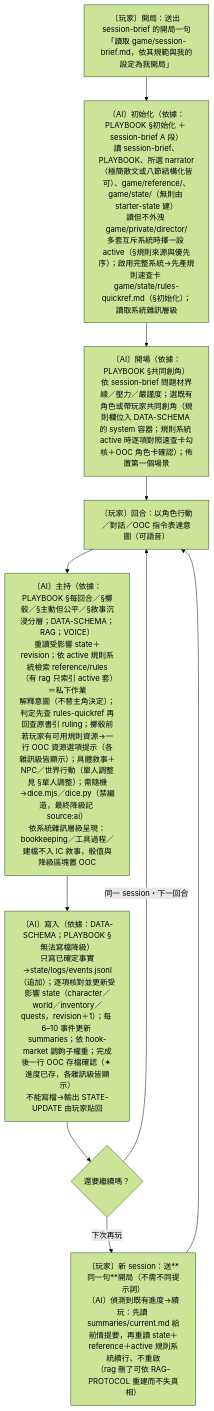
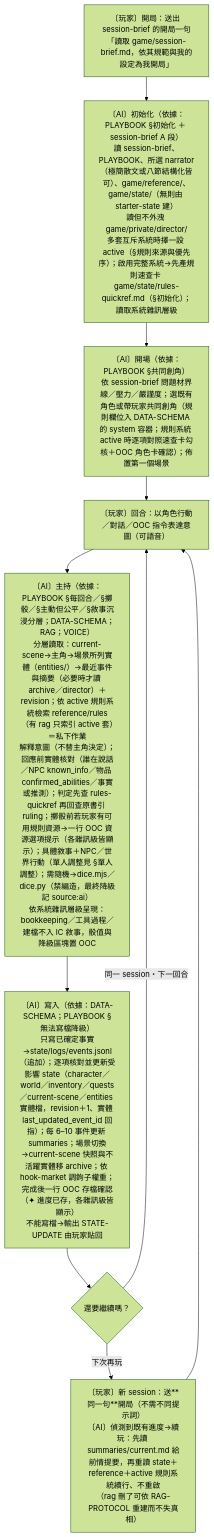
One commit to AstraKismet/worldthread-core changed the second of 2 diagrams in PROJECT-DESIGN.md. Above: the diagram before and after it, drawn with Mermaid (forest theme). The commit also changed other lines of this file and 6 other files, not shown here.

First line of the commit message:
feat: 實體分層架構——current-scene、entities 實體檔、archive 封存、回應前實體核對

````diff
--- a/PROJECT-DESIGN.md
+++ b/PROJECT-DESIGN.md
@@ -127,12 +129,12 @@
 ```mermaid
 flowchart TD
   P0["〔玩家〕開局：送出 session-brief 的開局一句<br/>「讀取 game/session-brief.md，依其規範與我的設定為我開局」"] --> I1
   I1["〔AI〕初始化（依據：PLAYBOOK §初始化 ＋ session-brief A 段）<br/>讀 session-brief、PLAYBOOK、所選 narrator（極簡散文或八節結構化皆可）、game/reference/、game/state/（無則由 starter-state 建）<br/>讀但不外洩 game/private/director/<br/>多套互斥系統時擇一設 active（§規則來源與優先序）；啟用完整系統→先產規則速查卡 game/state/rules-quickref.md（§初始化）；讀取系統雜訊層級"] --> I2
   I2["〔AI〕開場（依據：PLAYBOOK §共同創角）<br/>依 session-brief 問題材界線／壓力／嚴謹度；選既有角色或帶玩家共同創角（規則欄位入 DATA-SCHEMA 的 system 容器；規則系統 active 時逐項對照速查卡勾核＋OOC 角色卡確認）；佈置第一個場景"] --> T0
   T0["〔玩家〕回合：以角色行動／對話／OOC 指令表達意圖（可語音）"] --> T1
-  T1["〔AI〕主持（依據：PLAYBOOK §每回合／§擲骰／§主動但公平／§敘事沉浸分層；DATA-SCHEMA；RAG；VOICE）<br/>重讀受影響 state＋revision；依 active 規則系統檢索 reference/rules（有 rag 只索引 active 套）＝私下作業<br/>解釋意圖（不替主角決定）；判定先查 rules-quickref 再回查原書引 ruling；擲骰前若玩家有可用規則資源→一行 OOC 資源選項提示（各雜訊級皆顯示）；具體敘事＋NPC／世界行動（單人調整見 §單人調整）；需隨機→dice.mjs／dice.py（禁編造，最終降級記 source:ai）<br/>依系統雜訊層級呈現：bookkeeping／工具過程／建檔不入 IC 敘事，骰值與降級區塊置 OOC"] --> T2
-  T2["〔AI〕寫入（依據：DATA-SCHEMA；PLAYBOOK §無法寫檔降級）<br/>只寫已確定事實→state/logs/events.jsonl（追加）；逐項核對並更新受影響 state（character／world／inventory／quests，revision＋1）；每 6–10 事件更新 summaries；依 hook-market 調鉤子權重；完成後一行 OOC 存檔確認（✦ 進度已存，各雜訊級皆顯示）<br/>不能寫檔→輸出 STATE-UPDATE 由玩家貼回"] --> T3{"還要繼續嗎？"}
+  T1["〔AI〕主持（依據：PLAYBOOK §每回合／§擲骰／§主動但公平／§敘事沉浸分層；DATA-SCHEMA；RAG；VOICE）<br/>分層讀取：current-scene→主角→場景所列實體（entities/）→最近事件與摘要（必要時才讀 archive／director）＋revision；依 active 規則系統檢索 reference/rules（有 rag 只索引 active 套）＝私下作業<br/>解釋意圖（不替主角決定）；回應前實體核對（誰在說話／NPC known_info／物品 confirmed_abilities／事實或推測）；判定先查 rules-quickref 再回查原書引 ruling；擲骰前若玩家有可用規則資源→一行 OOC 資源選項提示（各雜訊級皆顯示）；具體敘事＋NPC／世界行動（單人調整見 §單人調整）；需隨機→dice.mjs／dice.py（禁編造，最終降級記 source:ai）<br/>依系統雜訊層級呈現：bookkeeping／工具過程／建檔不入 IC 敘事，骰值與降級區塊置 OOC"] --> T2
+  T2["〔AI〕寫入（依據：DATA-SCHEMA；PLAYBOOK §無法寫檔降級）<br/>只寫已確定事實→state/logs/events.jsonl（追加）；逐項核對並更新受影響 state（character／world／inventory／quests／current-scene／entities 實體檔，revision＋1、實體 last_updated_event_id 回指）；每 6–10 事件更新 summaries；場景切換→current-scene 快照與不活躍實體移 archive；依 hook-market 調鉤子權重；完成後一行 OOC 存檔確認（✦ 進度已存，各雜訊級皆顯示）<br/>不能寫檔→輸出 STATE-UPDATE 由玩家貼回"] --> T3{"還要繼續嗎？"}
   T3 -->|同一 session・下一回合| T0
   T3 -->|下次再玩| R0
   R0["〔玩家〕新 session：送**同一句**開局（不需不同提示詞）<br/>〔AI〕偵測到既有進度→續玩：先讀 summaries/current.md 給前情提要，再重讀 state＋reference＋active 規則系統續行、不重啟<br/>（rag 刪了可依 RAG-PROTOCOL 重建而不失真相）"] --> T0
 ```
````
